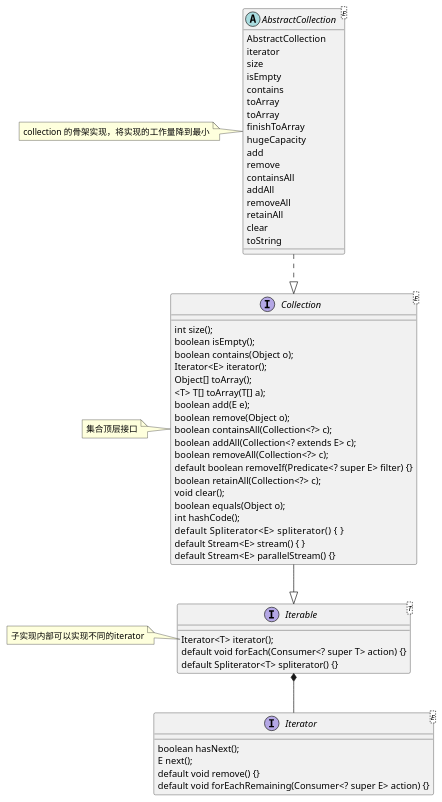
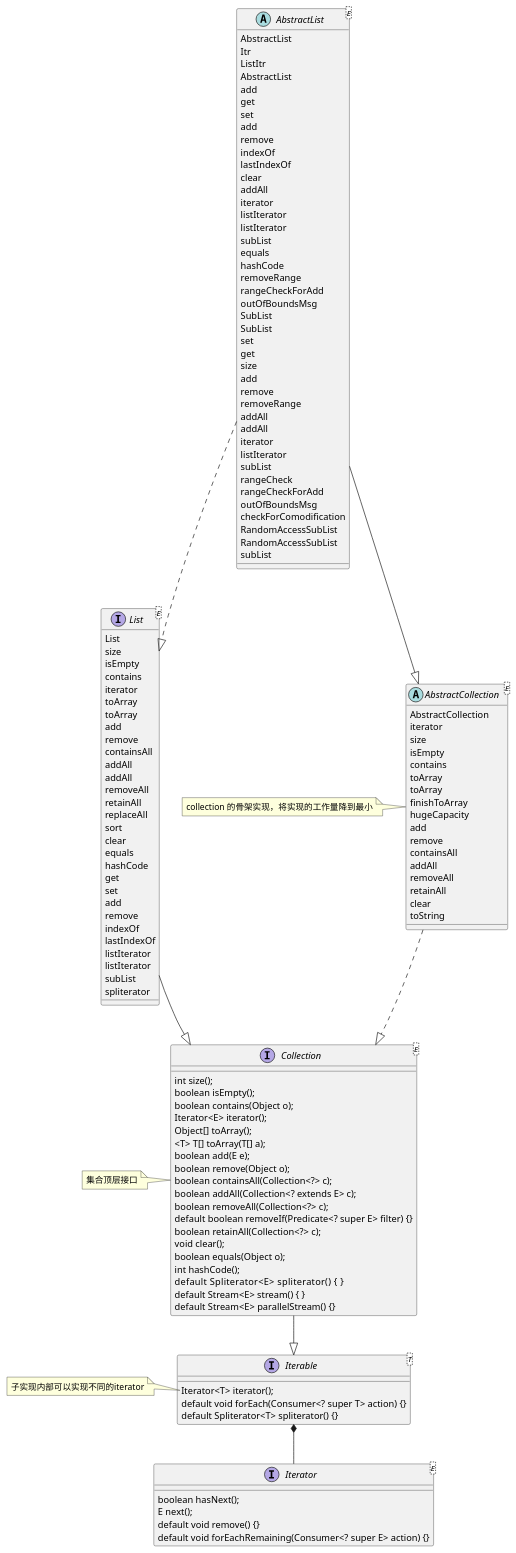
One commit to Chen-Jing-Bo/jdk1.8.0_144 changed the diagram in uml/Collection.puml. Above: the diagram before and after it, drawn with PlantUML.

Commit message:
modify:AbstractList

```diff
--- a/uml/Collection.puml
+++ b/uml/Collection.puml
@@ -1,75 +1,157 @@
 @startuml
 interface Iterator<E> {
  boolean hasNext();
  E next();
  default void remove() {}
  default void forEachRemaining(Consumer<? super E> action) {}
 }
 
 
 interface Iterable<T> {
 Iterator<T> iterator();
 default void forEach(Consumer<? super T> action) {}
 default Spliterator<T> spliterator() {}
 }
 note left of Iterable::"iterator"
 子实现内部可以实现不同的iterator
 end note
 
 
 interface Collection<E> {
 int size();
 boolean isEmpty();
 boolean contains(Object o);
 Iterator<E> iterator();
 Object[] toArray();
 <T> T[] toArray(T[] a);
 boolean add(E e);
 boolean remove(Object o);
 boolean containsAll(Collection<?> c);
 boolean addAll(Collection<? extends E> c);
 boolean removeAll(Collection<?> c);
 default boolean removeIf(Predicate<? super E> filter) {}
 boolean retainAll(Collection<?> c);
 void clear();
 boolean equals(Object o);
 int hashCode();
 default Spliterator<E> spliterator() {     }
 default Stream<E> stream() { }
 default Stream<E> parallelStream() {}
 }
 note left  of Collection
 集合顶层接口
 end note
 
 
 abstract  class AbstractCollection<E> {
 AbstractCollection
 iterator
 size
 isEmpty
 contains
 toArray
 toArray
 finishToArray
 hugeCapacity
 add
 remove
 containsAll
 addAll
 removeAll
 retainAll
 clear
 toString
 }
 note left of AbstractCollection
 collection 的骨架实现，将实现的工作量降到最小
 end note
 
+interface List<E> {
+List
+size
+isEmpty
+contains
+iterator
+toArray
+toArray
+add
+remove
+containsAll
+addAll
+addAll
+removeAll
+retainAll
+replaceAll
+sort
+clear
+equals
+hashCode
+get
+set
+add
+remove
+indexOf
+lastIndexOf
+listIterator
+listIterator
+subList
+spliterator
+}
+
+Abstract AbstractList<E>{
+AbstractList
+Itr
+ListItr
+AbstractList
+add
+get
+set
+add
+remove
+indexOf
+lastIndexOf
+clear
+addAll
+iterator
+listIterator
+listIterator
+subList
+equals
+hashCode
+removeRange
+rangeCheckForAdd
+outOfBoundsMsg
+SubList
+SubList
+set
+get
+size
+add
+remove
+removeRange
+addAll
+addAll
+iterator
+listIterator
+subList
+rangeCheck
+rangeCheckForAdd
+outOfBoundsMsg
+checkForComodification
+RandomAccessSubList
+RandomAccessSubList
+subList
+}
+
 
 AbstractCollection ..|> Collection
 Collection --|> Iterable
 Iterable *-- Iterator
 
+List--|>Collection
+AbstractList--|>AbstractCollection
+AbstractList..|>List
+
+
 
 @enduml
```
